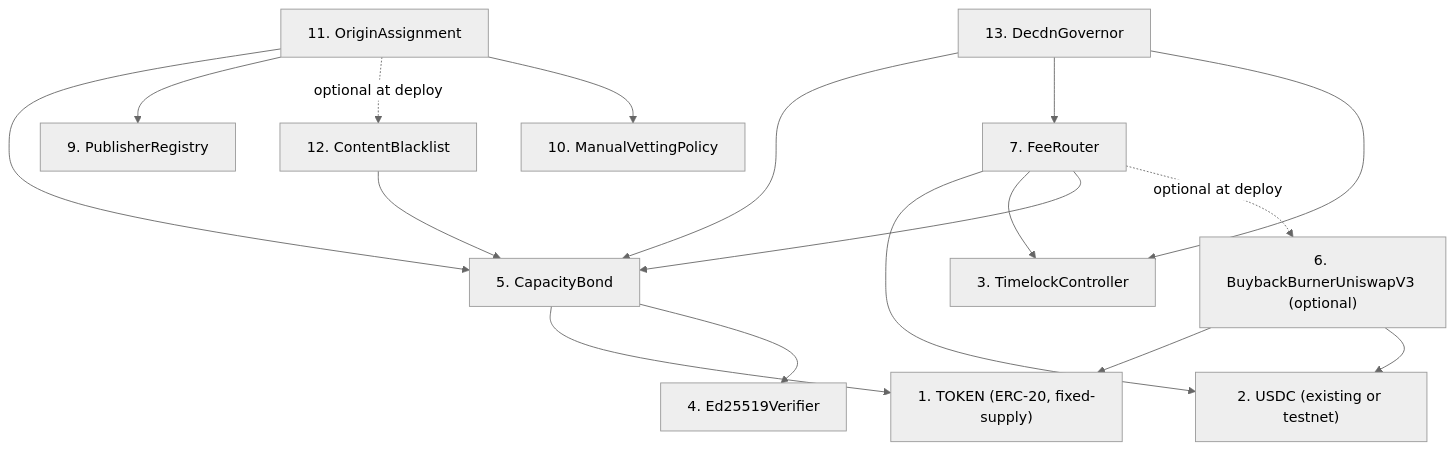
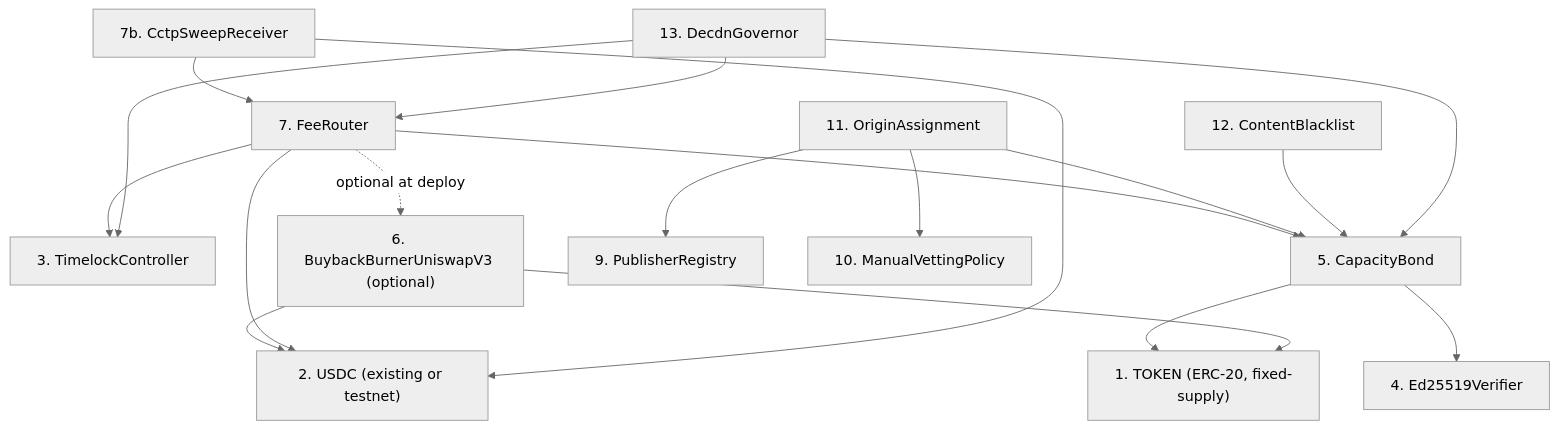
Before and after one commit to decdn/decdn: the second of 5 diagrams in adr/016-contract-interactions.md, drawn with Mermaid (neutral theme). The commit also changed other lines of this file and 32 other files, not shown here.

````diff
--- a/adr/016-contract-interactions.md
+++ b/adr/016-contract-interactions.md
@@ -326,32 +326,34 @@
 ```mermaid
 graph TD
     TOKEN["1. TOKEN (ERC-20, fixed-supply)"]
     USDC["2. USDC (existing or testnet)"]
     TL["3. TimelockController"]
     ED["4. Ed25519Verifier"]
     CBOND["5. CapacityBond"]
     BB["6. BuybackBurnerUniswapV3 (optional)"]
     FR["7. FeeRouter"]
+    CSR["7b. CctpSweepReceiver"]
     PR["9. PublisherRegistry"]
     MVP["10. ManualVettingPolicy"]
     OA["11. OriginAssignment"]
     CB["12. ContentBlacklist"]
     GOV["13. DecdnGovernor"]
 
     CBOND --> TOKEN
     CBOND --> ED
     BB --> TOKEN
     BB --> USDC
     FR --> USDC
     FR --> TL
     FR --> CBOND
     FR -.->|"optional at deploy"| BB
+    CSR --> FR
+    CSR --> USDC
     OA --> CBOND
     OA --> PR
-    OA -.->|"optional at deploy"| CB
     OA --> MVP
     CB --> CBOND
     GOV --> CBOND
     GOV --> FR
     GOV --> TL
 ```
````
